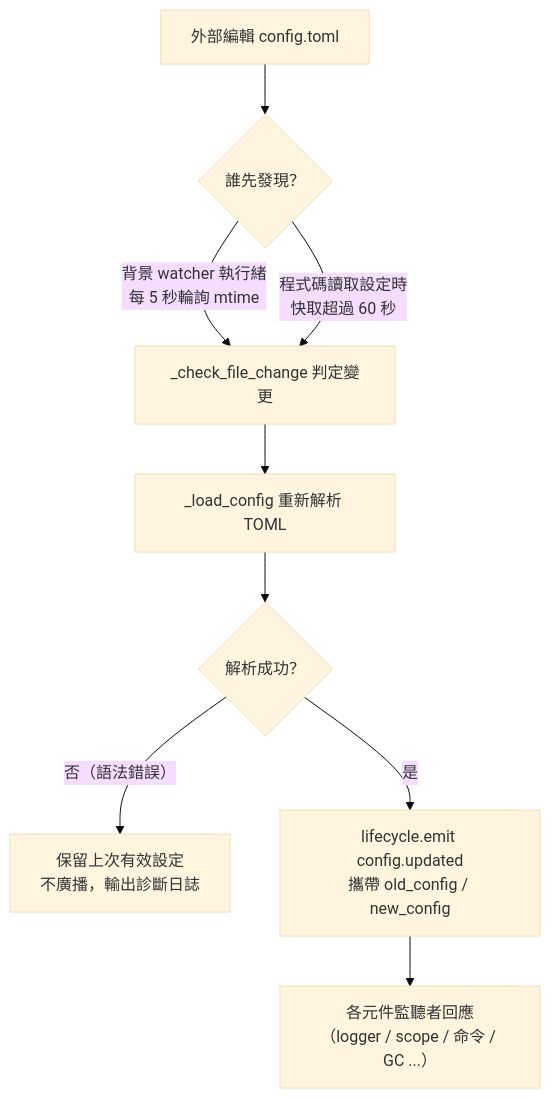
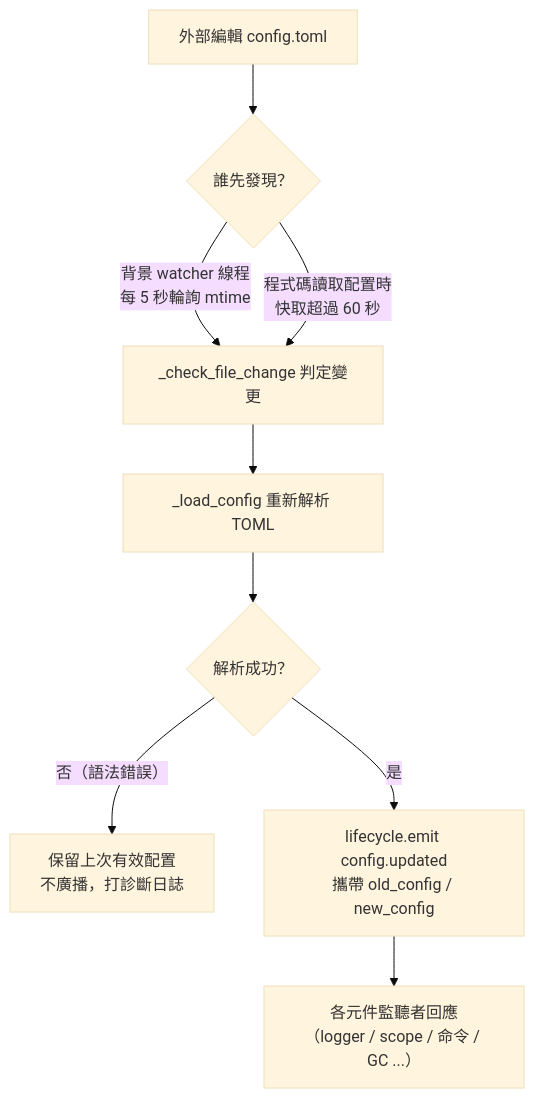
Before and after one commit to ErisPulse/ErisPulse: the diagram in docs/zh-TW/user-guide/configuration.md, drawn with Mermaid (base theme). The commit also changed other lines of this file and 153 other files, not shown here.

````diff
--- a/docs/zh-TW/user-guide/configuration.md
+++ b/docs/zh-TW/user-guide/configuration.md
@@ -157,11 +160,11 @@
 ```mermaid
 flowchart TD
     A["外部編輯 config.toml"] --> B{"誰先發現？"}
-    B -->|"背景 watcher 執行緒<br/>每 5 秒輪詢 mtime"| C["_check_file_change 判定變更"]
-    B -->|"程式碼讀取設定時<br/>快取超過 60 秒"| C
+    B -->|"背景 watcher 線程<br/>每 5 秒輪詢 mtime"| C["_check_file_change 判定變更"]
+    B -->|"程式碼讀取配置時<br/>快取超過 60 秒"| C
     C --> D["_load_config 重新解析 TOML"]
     D --> E{"解析成功？"}
-    E -->|"否（語法錯誤）"| F["保留上次有效設定<br/>不廣播，輸出診斷日誌"]
+    E -->|"否（語法錯誤）"| F["保留上次有效配置<br/>不廣播，打診斷日誌"]
     E -->|"是"| G["lifecycle.emit config.updated<br/>攜帶 old_config / new_config"]
     G --> H["各元件監聽者回應<br/>（logger / scope / 命令 / GC ...）"]
 ```
````
